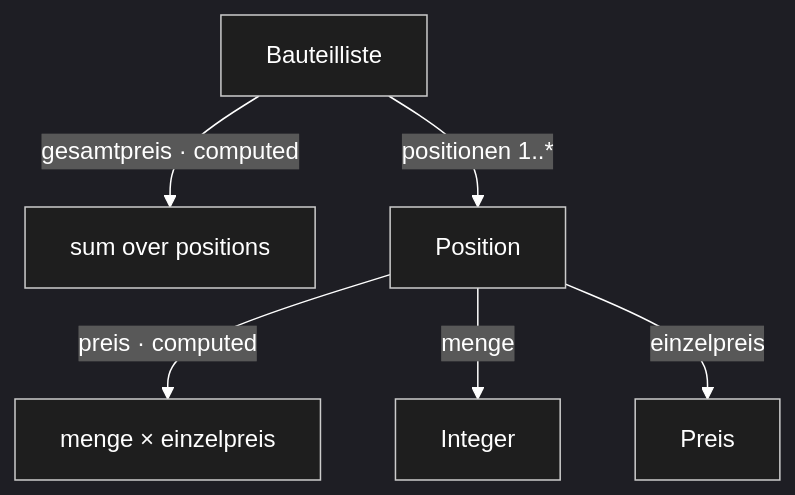
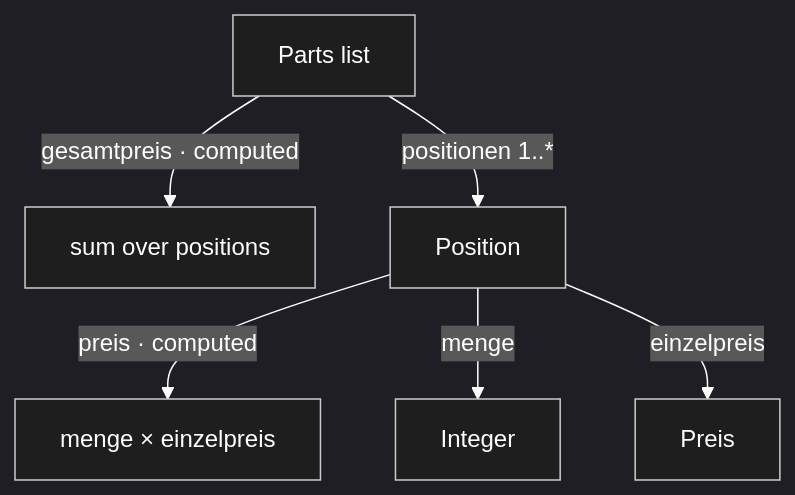
Before and after one commit to sfambach/wp-taxonomy-modeler: the fourth of 11 diagrams in docs/NewConcept/60-calculation.md, drawn with Mermaid. The commit also changed other lines of this file and 7 other files, not shown here.

````diff
--- a/docs/NewConcept/60-calculation.md
+++ b/docs/NewConcept/60-calculation.md
@@ -153,19 +153,19 @@
 ```mermaid
 ---
 config:
   theme: dark
   themeVariables:
     mainBkg: "#1e1e1e"
     background: "#1e1e1e"
     primaryColor: "#1e1e1e"
     classText: "#ffffff"
     textColor: "#ffffff"
     lineColor: "#ffffff"
 ---
 flowchart TD
-    BL[Bauteilliste] -->|gesamtpreis · computed| SUM["sum over positions"]
+    BL[Parts list] -->|gesamtpreis · computed| SUM["sum over positions"]
     BL -->|positionen 1..*| POS[Position]
     POS -->|preis · computed| MUL["menge × einzelpreis"]
     POS -->|menge| M[Integer]
     POS -->|einzelpreis| P[Preis]
 ```
````
